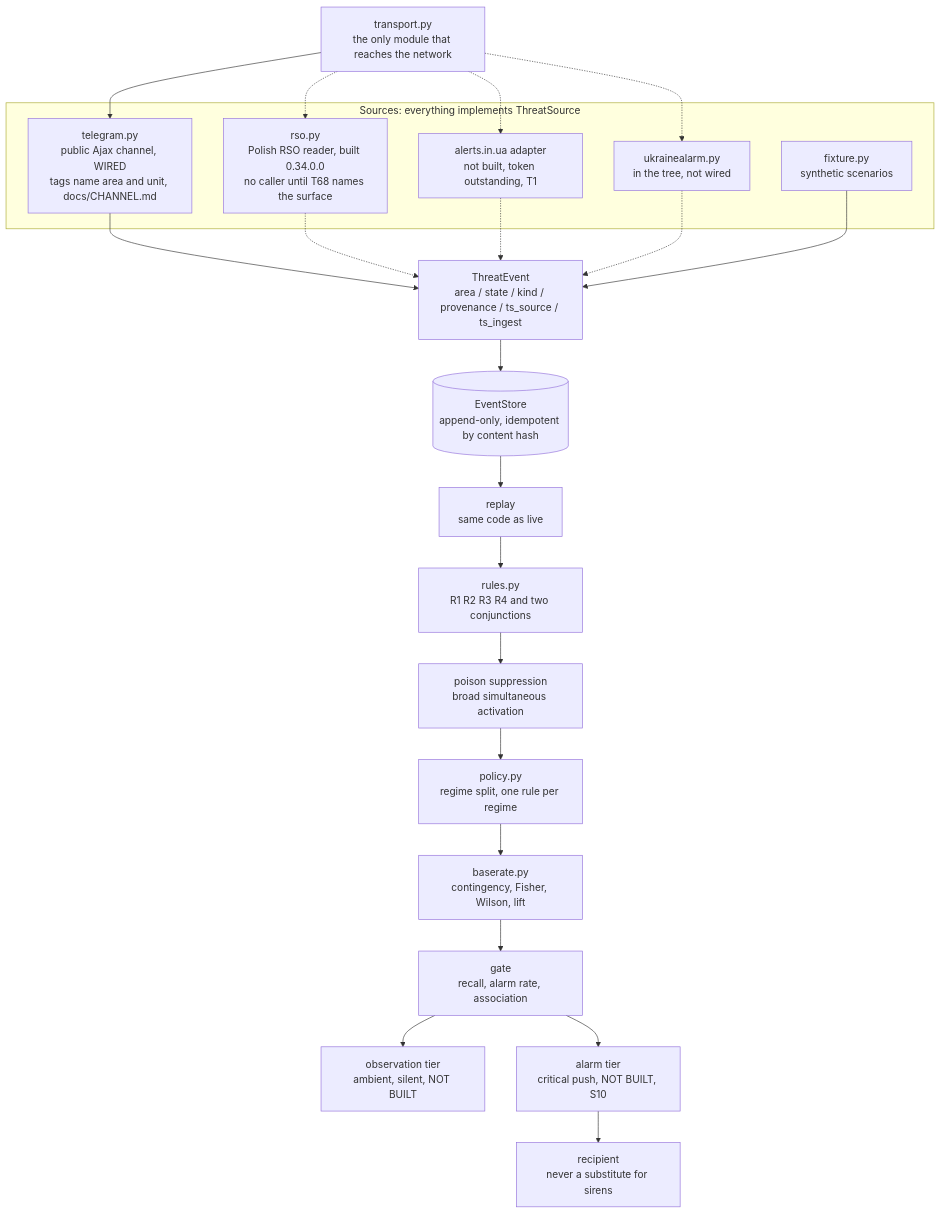
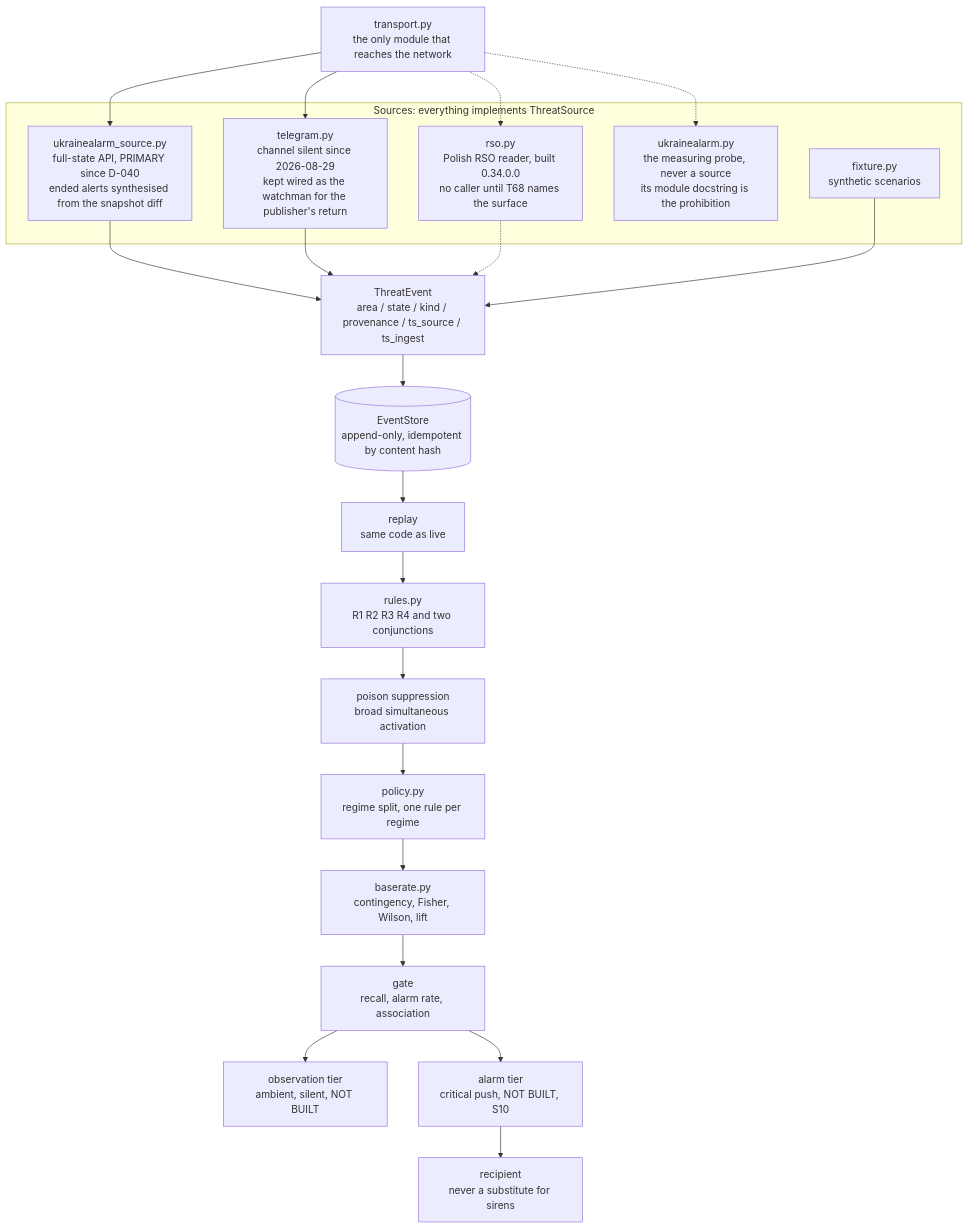
One commit to jerzy99jerzy/air-alert-early-warning changed the diagram in docs/ARCHITECTURE.md. Above: the diagram before and after it, drawn with Mermaid. The commit also changed other lines of this file and 13 other files, not shown here.

Commit message:
0.48.0.1: documents catch up with the shop (D-040 diagrams, DEPLOYMENT host truth, FEED-SPEC 2.3 upstream reading, Author AI note; F134/F137 completed)

````diff
--- a/docs/ARCHITECTURE.md
+++ b/docs/ARCHITECTURE.md
@@ -32,32 +32,31 @@
 ```mermaid
 flowchart TD
     NET["transport.py<br/>the only module that reaches the network"]
     subgraph IN["Sources: everything implements ThreatSource"]
-        TG["telegram.py<br/>public Ajax channel, WIRED<br/>tags name area and unit, docs/CHANNEL.md"]
+        UASRC["ukrainealarm_source.py<br/>full-state API, PRIMARY since D-040<br/>ended alerts synthesised from the snapshot diff"]
+        TG["telegram.py<br/>channel silent since 2026-08-29<br/>kept wired as the watchman for the publisher's return"]
         RSO["rso.py<br/>Polish RSO reader, built 0.34.0.0<br/>no caller until T68 names the surface"]
-        UA["alerts.in.ua adapter<br/>not built, token outstanding, T1"]
-        OFF["ukrainealarm.py<br/>in the tree, not wired"]
+        OFF["ukrainealarm.py<br/>the measuring probe, never a source<br/>its module docstring is the prohibition"]
         FIX["fixture.py<br/>synthetic scenarios"]
     end
+    NET --> UASRC
     NET --> TG
     NET -.-> RSO
-    NET -.-> UA
     NET -.-> OFF
+    UASRC --> EV
     TG --> EV
     RSO -.-> EV
-    UA -.-> EV
-    OFF -.-> EV
     FIX --> EV
 
     EV["ThreatEvent<br/>area / state / kind / provenance / ts_source / ts_ingest"]
     EV --> STORE[("EventStore<br/>append-only, idempotent by content hash")]
     STORE --> REPLAY["replay<br/>same code as live"]
     REPLAY --> RULES["rules.py<br/>R1 R2 R3 R4 and two conjunctions"]
     RULES --> SUPPRESS["poison suppression<br/>broad simultaneous activation"]
     SUPPRESS --> POLICY["policy.py<br/>regime split, one rule per regime"]
     POLICY --> BASE["baserate.py<br/>contingency, Fisher, Wilson, lift"]
     BASE --> GATE["gate<br/>recall, alarm rate, association"]
     GATE --> OBS["observation tier<br/>ambient, silent, NOT BUILT"]
     GATE --> ALARM["alarm tier<br/>critical push, NOT BUILT, S10"]
     ALARM --> HUMAN["recipient<br/>never a substitute for sirens"]
 ```
````
